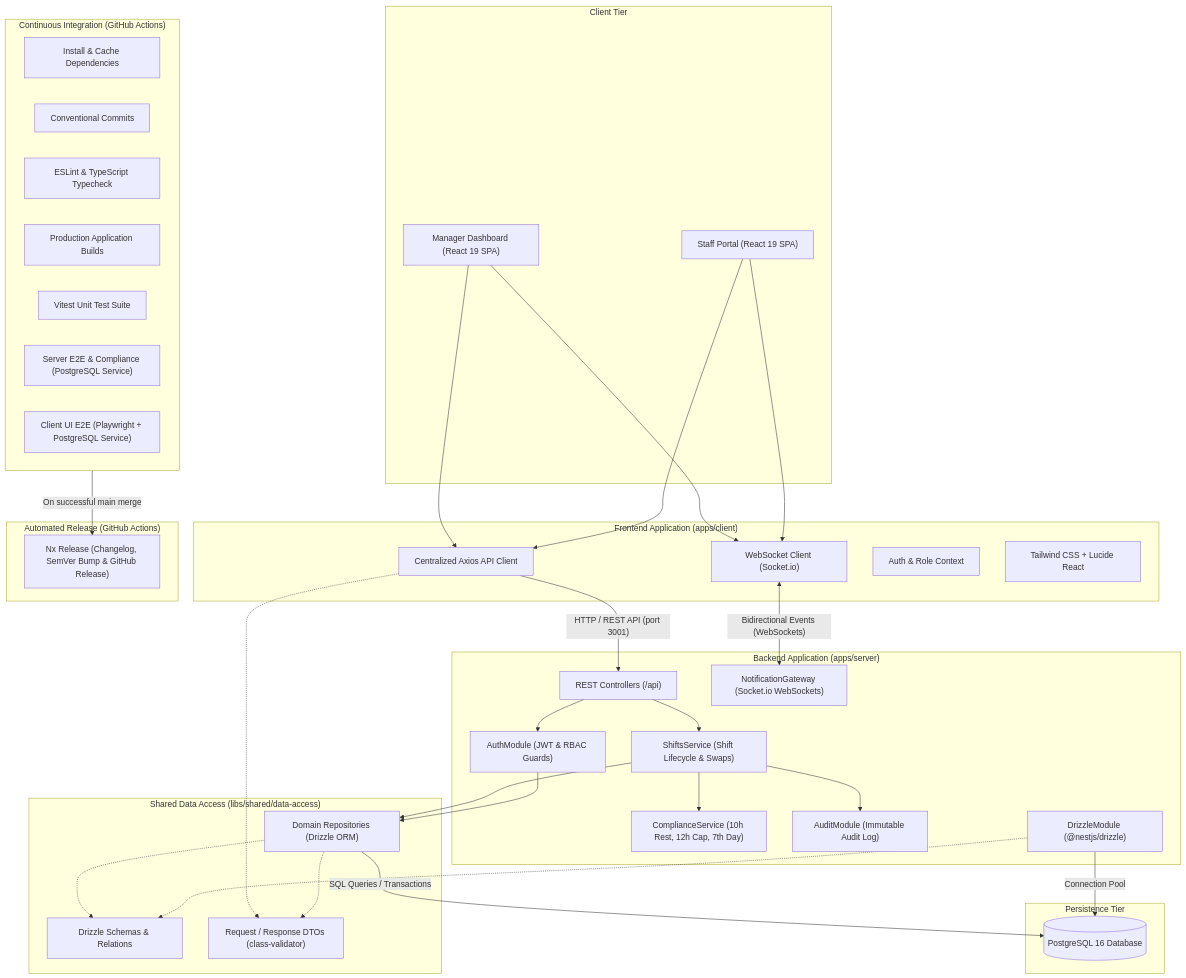
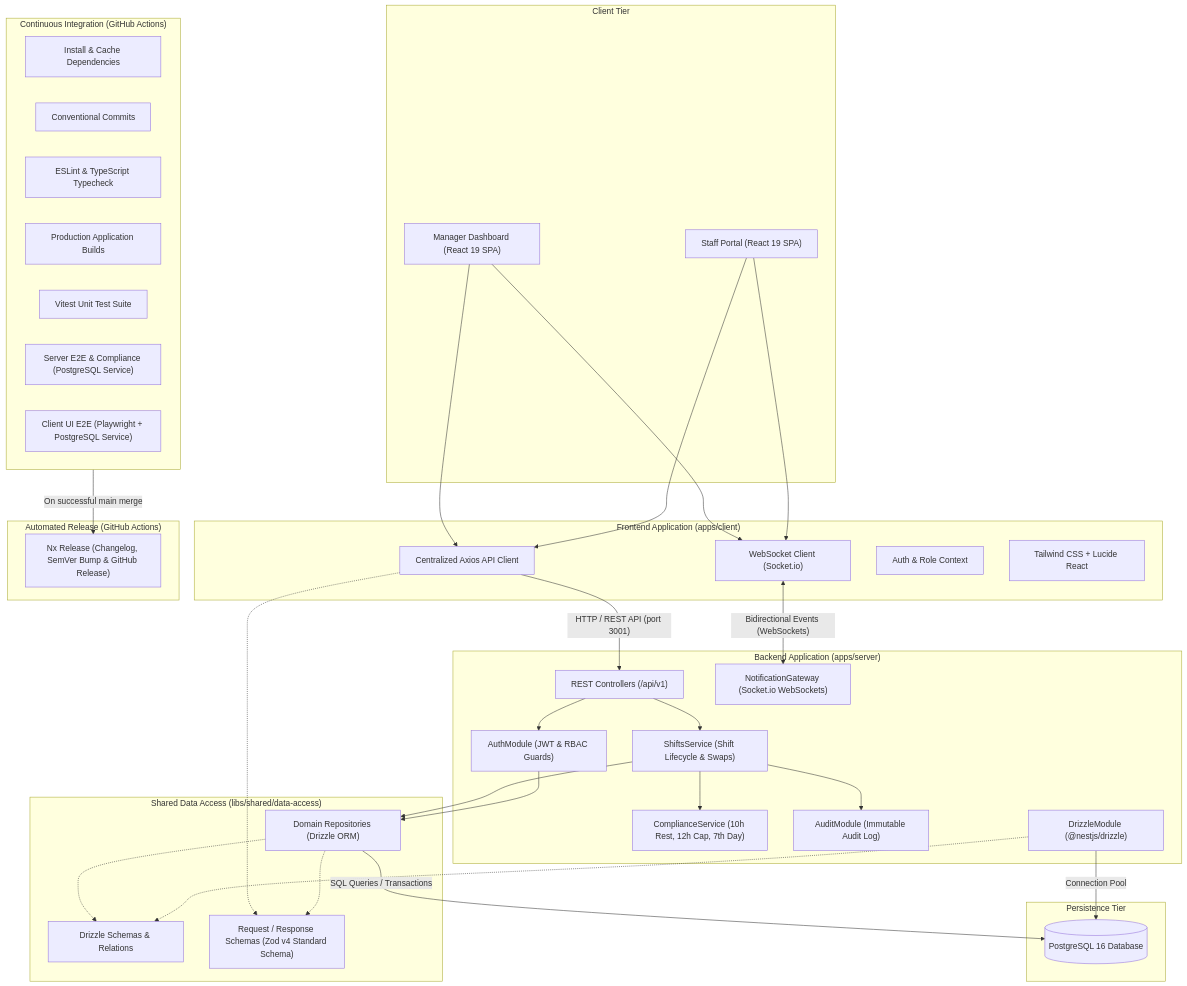
The diagram in README.md (JayKay24/ShiftSync), drawn with Mermaid before and after one commit. The commit also changed other lines of this file and 43 other files, not shown here.

First line of the commit message:
feat(server): migrate to nestjs 12, uri versioning, openapi swagger, and zod dtos

````diff
--- a/README.md
+++ b/README.md
@@ -34,79 +34,79 @@
 ```mermaid
 flowchart TD
   subgraph Clients ["Client Tier"]
     ManagerUI["Manager Dashboard (React 19 SPA)"]
     StaffUI["Staff Portal (React 19 SPA)"]
   end
 
   subgraph FrontendApp ["Frontend Application (apps/client)"]
     AxiosClient["Centralized Axios API Client"]
     SocketClient["WebSocket Client (Socket.io)"]
     AuthContext["Auth & Role Context"]
     UIComponents["Tailwind CSS + Lucide React"]
   end
 
   subgraph SharedLib ["Shared Data Access (libs/shared/data-access)"]
     Schemas["Drizzle Schemas & Relations"]
-    DTOs["Request / Response DTOs (class-validator)"]
+    DTOs["Request / Response Schemas (Zod v4 Standard Schema)"]
     Repos["Domain Repositories (Drizzle ORM)"]
   end
 
   subgraph BackendApp ["Backend Application (apps/server)"]
-    APIControllers["REST Controllers (/api)"]
+    APIControllers["REST Controllers (/api/v1)"]
     ComplianceSvc["ComplianceService (10h Rest, 12h Cap, 7th Day)"]
     ShiftsSvc["ShiftsService (Shift Lifecycle & Swaps)"]
     AuthSvc["AuthModule (JWT & RBAC Guards)"]
     AuditSvc["AuditModule (Immutable Audit Log)"]
     SocketGateway["NotificationGateway (Socket.io WebSockets)"]
     DrizzleModule["DrizzleModule (@nestjs/drizzle)"]
   end
 
   subgraph Persistence ["Persistence Tier"]
     PostgreSQL[("PostgreSQL 16 Database")]
   end
 
   subgraph CI ["Continuous Integration (GitHub Actions)"]
     InstallJob["Install & Cache Dependencies"]
     Commitlint["Conventional Commits"]
     LintTypecheck["ESLint & TypeScript Typecheck"]
     BuildJob["Production Application Builds"]
     UnitTests["Vitest Unit Test Suite"]
     IntegrationTests["Server E2E & Compliance (PostgreSQL Service)"]
     ClientE2ETests["Client UI E2E (Playwright + PostgreSQL Service)"]
   end
 
   subgraph ReleasePipeline ["Automated Release (GitHub Actions)"]
     ReleaseJob["Nx Release (Changelog, SemVer Bump & GitHub Release)"]
   end
 
   %% Client interactions
   ManagerUI --> AxiosClient
   StaffUI --> AxiosClient
   ManagerUI --> SocketClient
   StaffUI --> SocketClient
 
   %% Frontend -> Shared Library
   AxiosClient -.-> DTOs
 
   %% Frontend -> Backend Communication
   AxiosClient -->|"HTTP / REST API (port 3001)"| APIControllers
   SocketClient <-->|"Bidirectional Events (WebSockets)"| SocketGateway
 
   %% Backend Internal Wiring
   APIControllers --> ShiftsSvc
   APIControllers --> AuthSvc
   ShiftsSvc --> ComplianceSvc
   ShiftsSvc --> AuditSvc
   ShiftsSvc --> Repos
   AuthSvc --> Repos
   Repos -.-> Schemas
   Repos -.-> DTOs
   DrizzleModule -.-> Schemas
 
   %% Backend -> Database
   DrizzleModule -->|"Connection Pool"| PostgreSQL
   Repos -->|"SQL Queries / Transactions"| PostgreSQL
 
   %% CI to Release Workflow
   CI -->|"On successful main merge"| ReleaseJob
 ```
````
